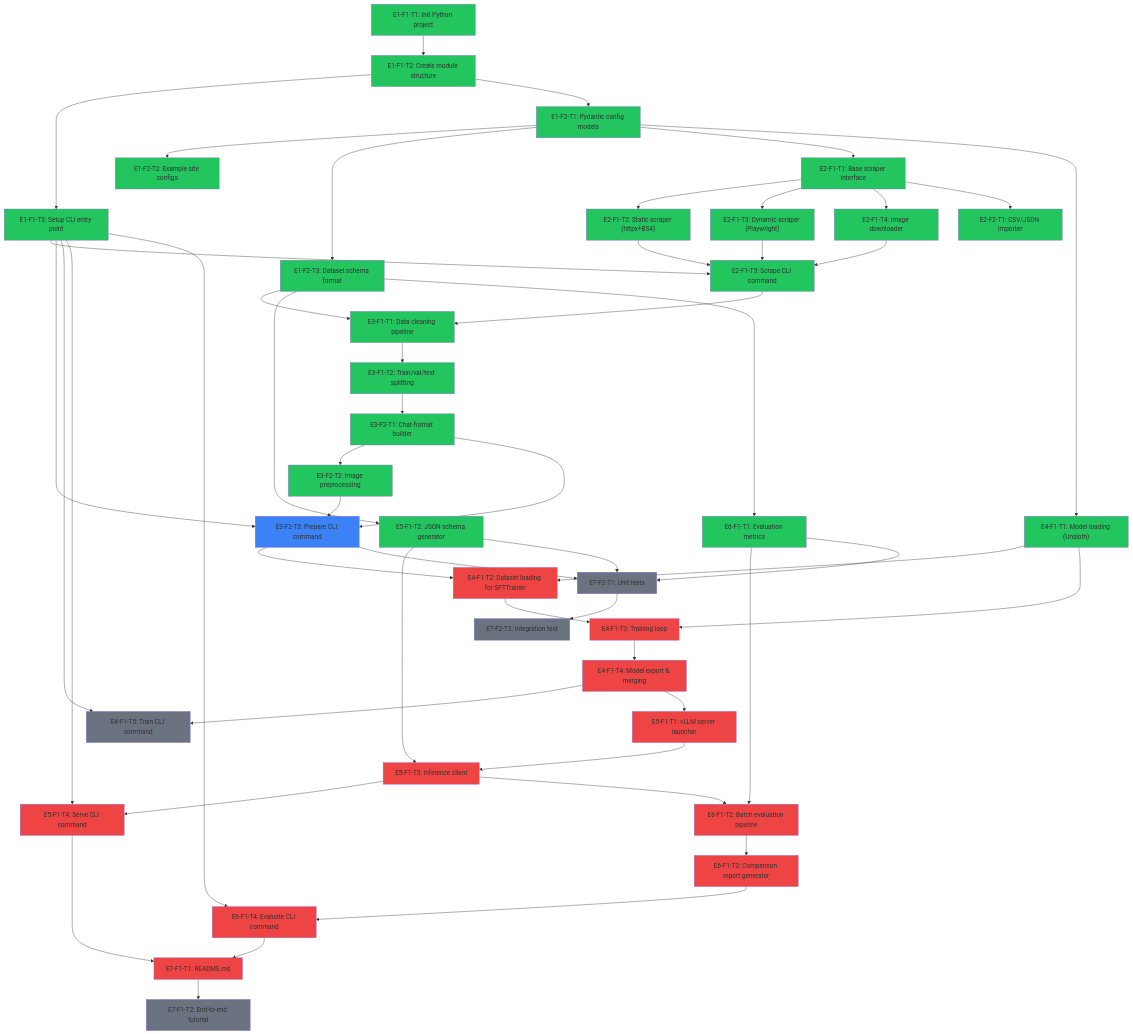
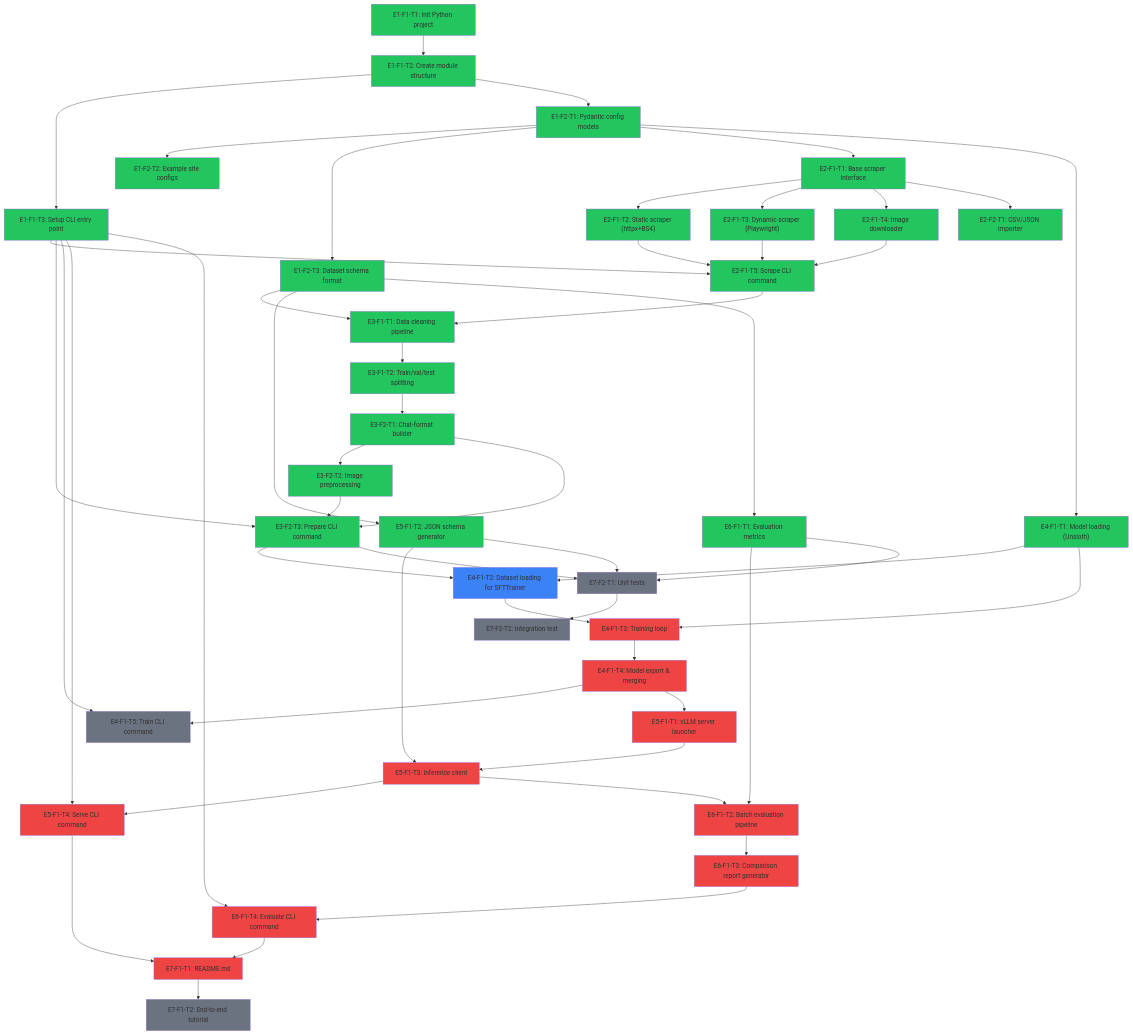
One commit to Vutiot/ArticleTagging changed the diagram in ROADMAP.md. Above: the diagram before and after it, drawn with Mermaid. The commit also changed other lines of this file and 1 other file, not shown here.

Commit message:
E3-F2-T3: Implement prepare CLI command
Wire clean -> split -> format pipeline into the prepare command.
Options: --config, --raw-data, --output-dir, --image-dir.
Validates min_samples threshold, prints detailed stats.
Completes E3 (Dataset Preparation) epic.

```diff
--- a/ROADMAP.md
+++ b/ROADMAP.md
@@ -136,12 +136,12 @@
   style E3F1T1 fill:#22c55e
   style E3F1T2 fill:#22c55e
   style E3F2T1 fill:#22c55e
+  style E3F2T3 fill:#22c55e
 
   %% Ready (blue) — all blockers resolved
-  style E3F2T3 fill:#3b82f6
+  style E4F1T2 fill:#3b82f6
 
   %% Critical path remaining (red)
-  style E4F1T2 fill:#ef4444
   style E4F1T3 fill:#ef4444
   style E4F1T4 fill:#ef4444
   style E5F1T1 fill:#ef4444
```
